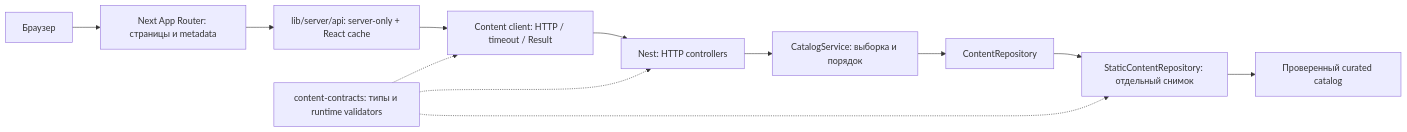
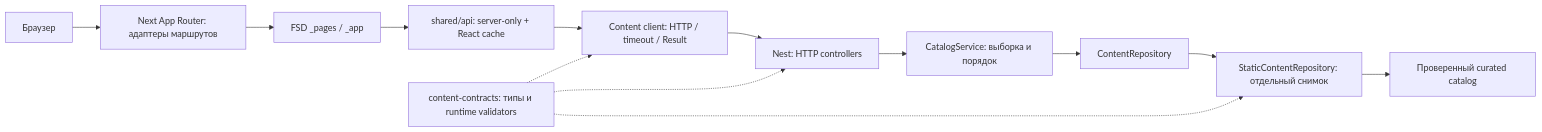
One commit to AdilSatuv/spaceclient changed the diagram in docs/WEB-ARCHITECTURE.md. Above: the diagram before and after it, drawn with Mermaid. The commit also changed other lines of this file and 74 other files, not shown here.

First line of the commit message:
refactor(web): adopt feature-sliced frontend architecture

````diff
--- a/docs/WEB-ARCHITECTURE.md
+++ b/docs/WEB-ARCHITECTURE.md
@@ -7,14 +7,15 @@
 ```mermaid
 flowchart LR
-  Browser[Браузер] --> Next[Next App Router: страницы и metadata]
-  Next --> Server[lib/server/api: server-only + React cache]
+  Browser[Браузер] --> Next[Next App Router: адаптеры маршрутов]
+  Next --> Pages[FSD _pages / _app]
+  Pages --> Server[shared/api: server-only + React cache]
   Server --> Client[Content client: HTTP / timeout / Result]
   Client --> HTTP[Nest: HTTP controllers]
   HTTP --> Service[CatalogService: выборка и порядок]
   Service --> Port[ContentRepository]
   Port --> Static[StaticContentRepository: отдельный снимок]
   Static --> Data[Проверенный curated catalog]
   Contract[content-contracts: типы и runtime validators] -.-> Static
   Contract -.-> Client
   Contract -.-> HTTP
 ```
````
